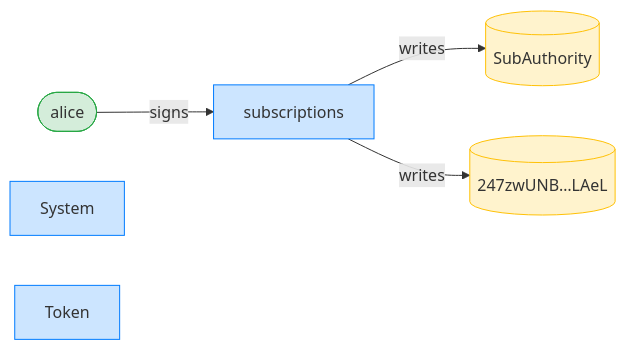
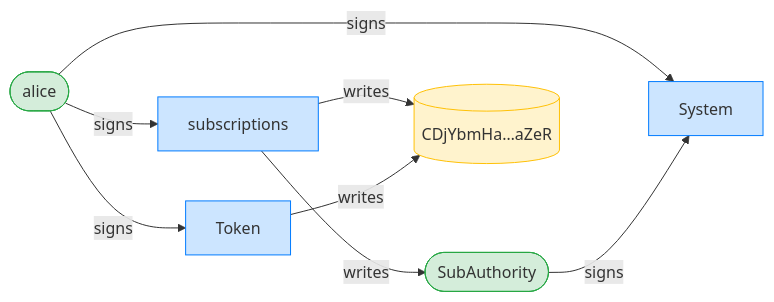
The third of 16 diagrams in dsl_tests/subscribe-by-a-second-user.md (cds-rs/subscriptions), drawn with Mermaid before and after one commit. The commit also changed other lines of this file and 224 other files, not shown here.

````diff
--- a/dsl_tests/subscribe-by-a-second-user.md
+++ b/dsl_tests/subscribe-by-a-second-user.md
@@ -55,15 +56,19 @@
 ```mermaid
 flowchart LR
     classDef signer fill:#d4edda,stroke:#28a745;
     classDef program fill:#cce5ff,stroke:#007bff;
     classDef writable fill:#fff3cd,stroke:#ffc107;
     subscriptions[subscriptions]:::program
     alice([alice]):::signer
-    SubAuthority[(SubAuthority)]:::writable
-    247zwUNB_LAeL[("247zwUNB…LAeL")]:::writable
+    SubAuthority([SubAuthority]):::signer
+    CDjYbmHa_aZeR[("CDjYbmHa…aZeR")]:::writable
     System[System]:::program
     Token[Token]:::program
     alice -->|signs| subscriptions
+    alice -->|signs| System
+    SubAuthority -->|signs| System
+    alice -->|signs| Token
     subscriptions -->|writes| SubAuthority
-    subscriptions -->|writes| 247zwUNB_LAeL
+    subscriptions -->|writes| CDjYbmHa_aZeR
+    Token -->|writes| CDjYbmHa_aZeR
 ```
````
